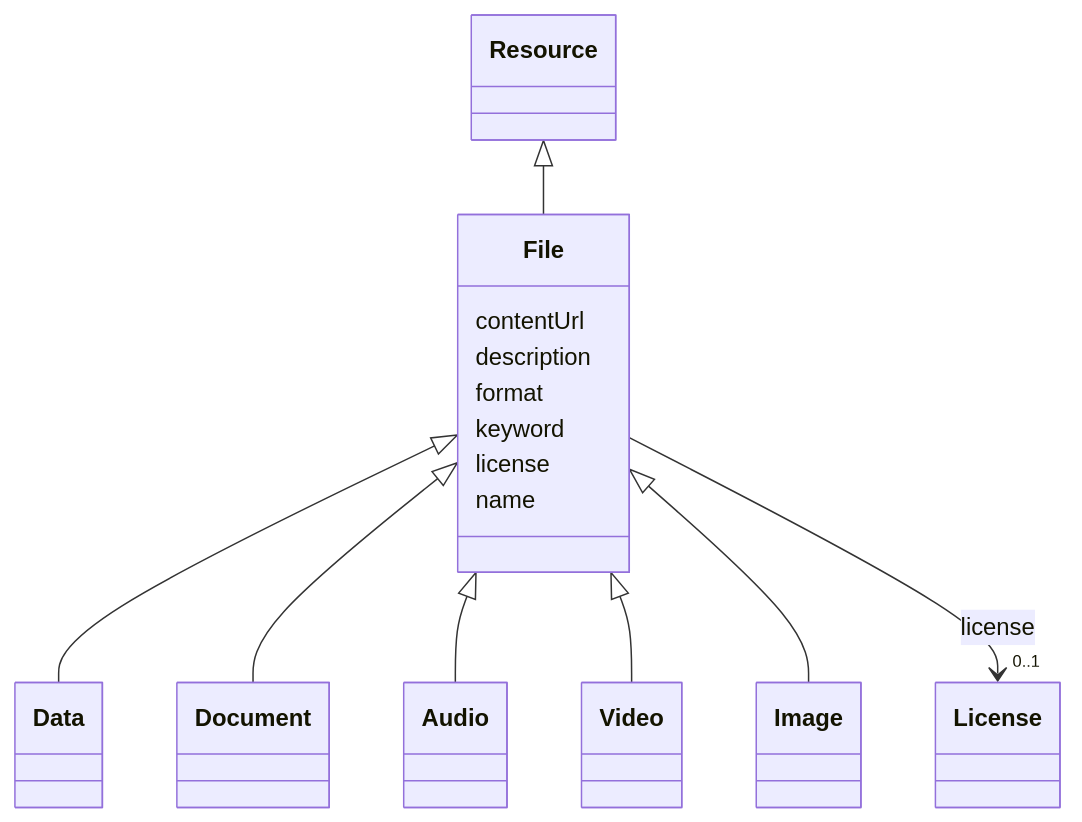
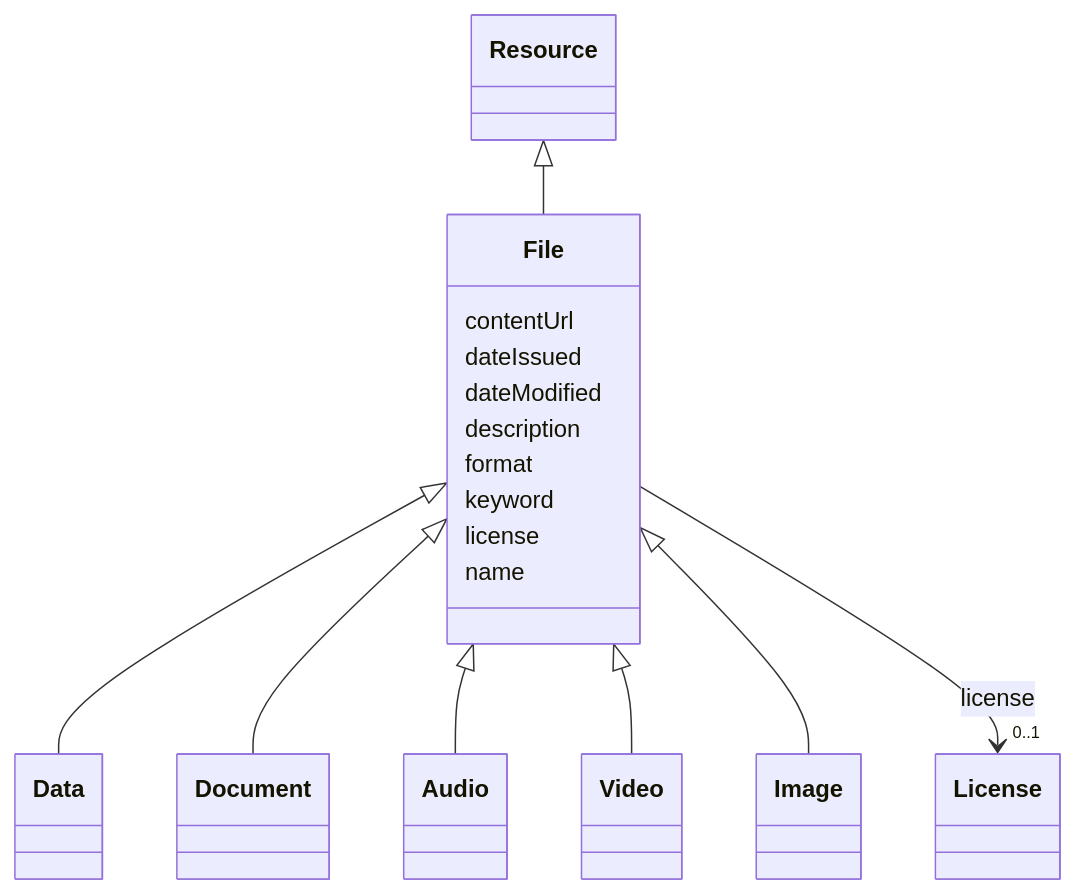
Before and after one commit to EVORA-project/evora-ontology: the diagram in models/docs/File.md, drawn with Mermaid. The commit also changed other lines of this file and 377 other files, not shown here.

````diff
--- a/models/docs/File.md
+++ b/models/docs/File.md
@@ -21,41 +21,45 @@
 ```mermaid
  classDiagram
     class File
     click File href "../File"
       Resource <|-- File
         click Resource href "../Resource"
       
 
       File <|-- Data
         click Data href "../Data"
       File <|-- Document
         click Document href "../Document"
       File <|-- Audio
         click Audio href "../Audio"
       File <|-- Video
         click Video href "../Video"
       File <|-- Image
         click Image href "../Image"
       
       
       File : contentUrl
         
+      File : dateIssued
+        
+      File : dateModified
+        
       File : description
         
       File : format
         
       File : keyword
         
       File : license
         
           
     
     
     File --> "0..1" License : license
     click License href "../License"
 
         
       File : name
         
       
 ```
````
